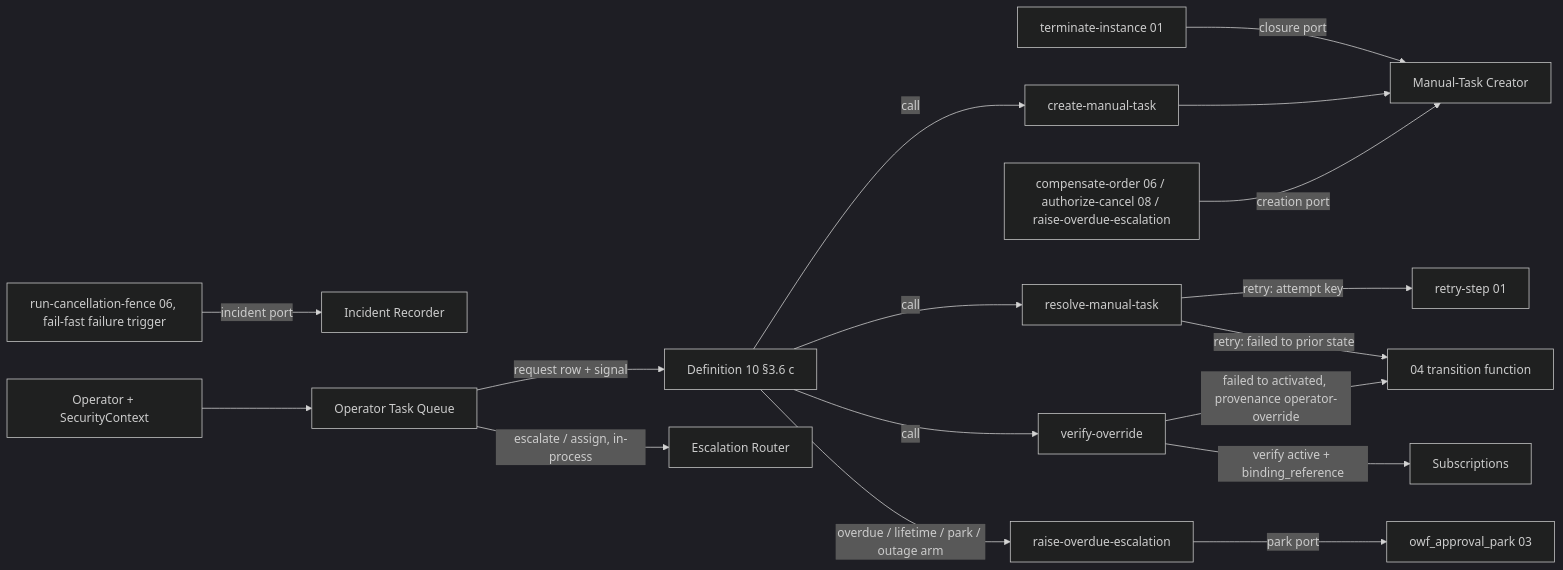
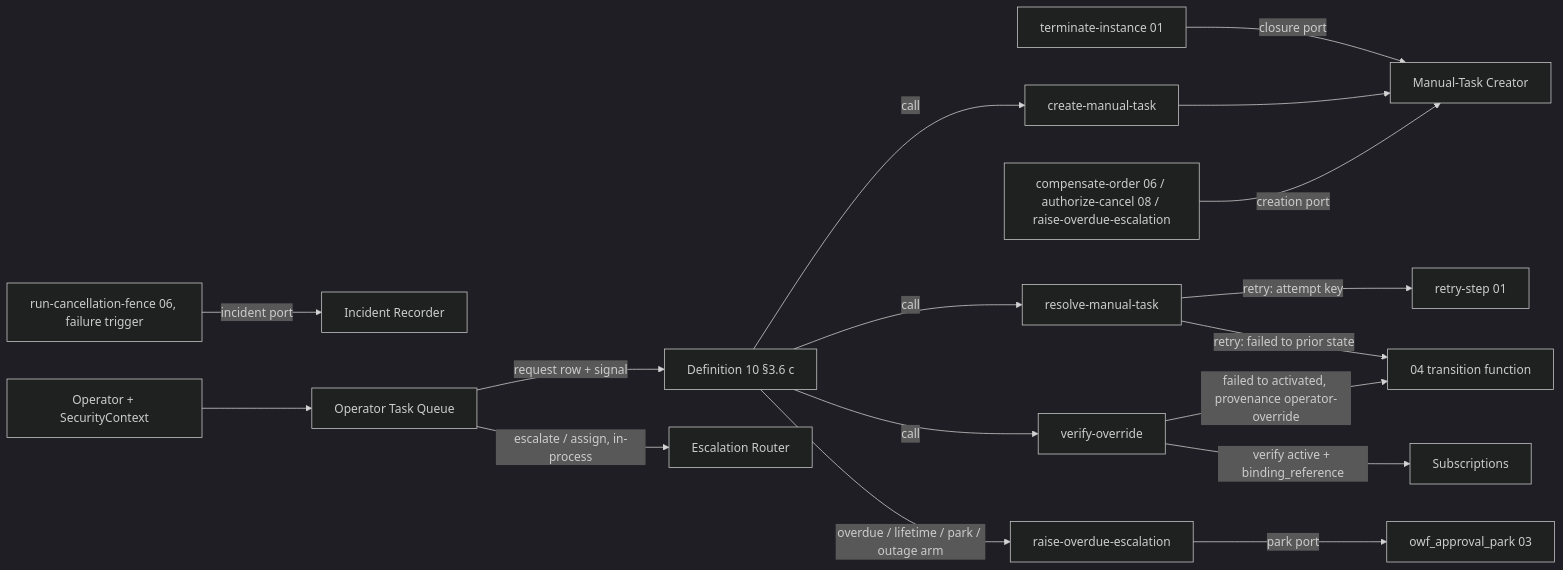
The first of 5 diagrams in gears/bss/orders-workflow/docs/design/07-manual-tasks.md (constructorfabric/gears-rust), drawn with Mermaid (dark theme) before and after one commit. The commit also changed other lines of this file and 15 other files, not shown here.

````diff
--- a/gears/bss/orders-workflow/docs/design/07-manual-tasks.md
+++ b/gears/bss/orders-workflow/docs/design/07-manual-tasks.md
@@ -352,19 +352,19 @@
 ```mermaid
 graph LR
     DEF[Definition 10 §3.6 c] -->|call| CMT[create-manual-task]
     CO[compensate-order 06 / authorize-cancel 08 / raise-overdue-escalation] -->|creation port| MTC[Manual-Task Creator]
     CMT --> MTC
-    CO06[run-cancellation-fence 06, fail-fast failure trigger] -->|incident port| IR[Incident Recorder]
+    CO06[run-cancellation-fence 06, failure trigger] -->|incident port| IR[Incident Recorder]
     OPS[Operator + SecurityContext] --> Q[Operator Task Queue]
     Q -->|request row + signal| DEF
     DEF -->|call| RMT[resolve-manual-task]
     DEF -->|call| VO[verify-override]
     VO -->|verify active + binding_reference| SUB[Subscriptions]
     VO -->|failed to activated, provenance operator-override| FT[04 transition function]
     RMT -->|retry: failed to prior state| FT
     RMT -->|retry: attempt key| RS[retry-step 01]
     Q -->|escalate / assign, in-process| ER[Escalation Router]
     DEF -->|overdue / lifetime / park / outage arm| ROE[raise-overdue-escalation]
     ROE -->|park port| PARK[owf_approval_park 03]
     TI[terminate-instance 01] -->|closure port| MTC
 ```
````
